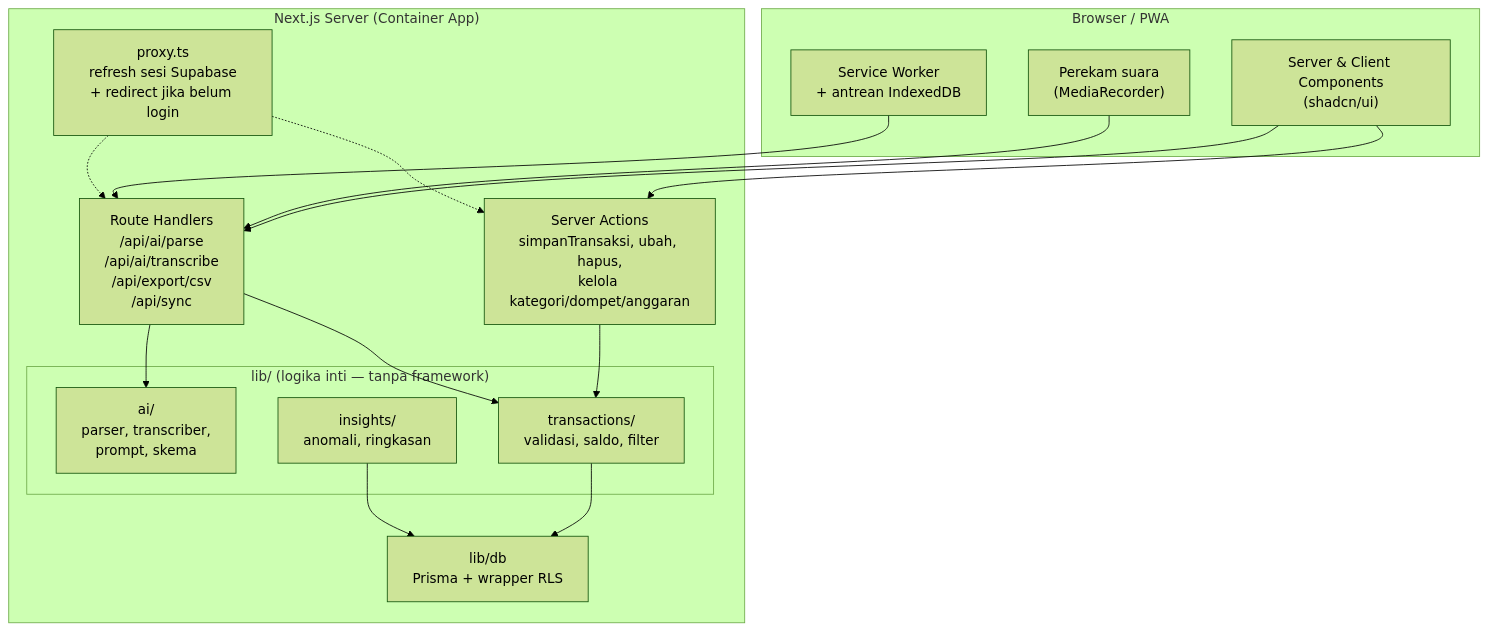
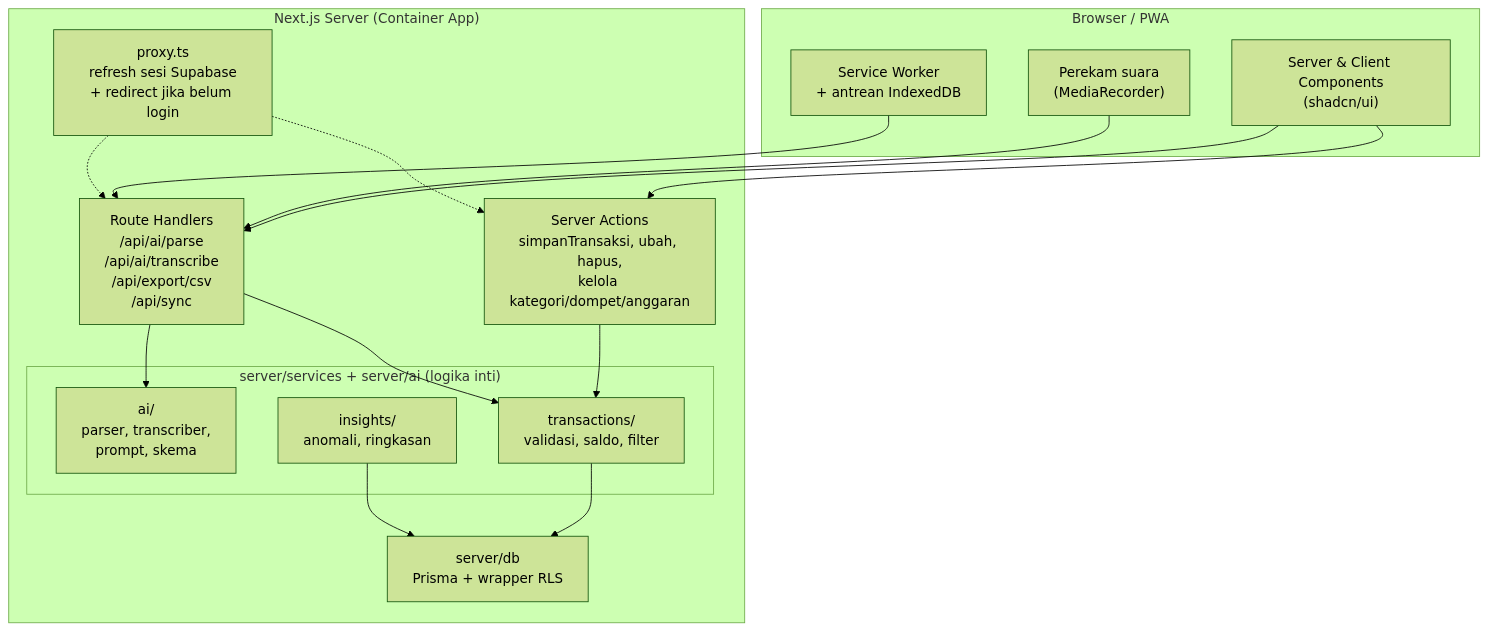
The fourth of 10 diagrams in docs/arsitektur.md (gadicandra/Senior-Project_Centsible), drawn with Mermaid (forest theme) before and after one commit. The commit also changed other lines of this file, not shown here.

Commit message:
docs: align architecture folder structure with src layout

````diff
--- a/docs/arsitektur.md
+++ b/docs/arsitektur.md
@@ -282,32 +282,32 @@
 ```mermaid
 flowchart TB
     subgraph CLIENT["Browser / PWA"]
         UI["Server & Client Components<br/>(shadcn/ui)"]
         REC["Perekam suara<br/>(MediaRecorder)"]
         SW["Service Worker<br/>+ antrean IndexedDB"]
     end
 
     subgraph SERVER["Next.js Server (Container App)"]
         PROXY["proxy.ts<br/>refresh sesi Supabase<br/>+ redirect jika belum login"]
         SA["Server Actions<br/>simpanTransaksi, ubah, hapus,<br/>kelola kategori/dompet/anggaran"]
         RH["Route Handlers<br/>/api/ai/parse<br/>/api/ai/transcribe<br/>/api/export/csv<br/>/api/sync"]
-        subgraph DOMAIN["lib/ (logika inti — tanpa framework)"]
+        subgraph DOMAIN["server/services + server/ai (logika inti)"]
             SVC_AI["ai/<br/>parser, transcriber,<br/>prompt, skema"]
             SVC_TX["transactions/<br/>validasi, saldo, filter"]
             SVC_IN["insights/<br/>anomali, ringkasan"]
         end
-        DATA["lib/db<br/>Prisma + wrapper RLS"]
+        DATA["server/db<br/>Prisma + wrapper RLS"]
     end
 
     UI --> SA
     UI --> RH
     REC --> RH
     SW --> RH
     PROXY -.-> SA
     PROXY -.-> RH
     SA --> SVC_TX
     RH --> SVC_AI
     RH --> SVC_TX
     SVC_TX --> DATA
     SVC_IN --> DATA
 ```
````
